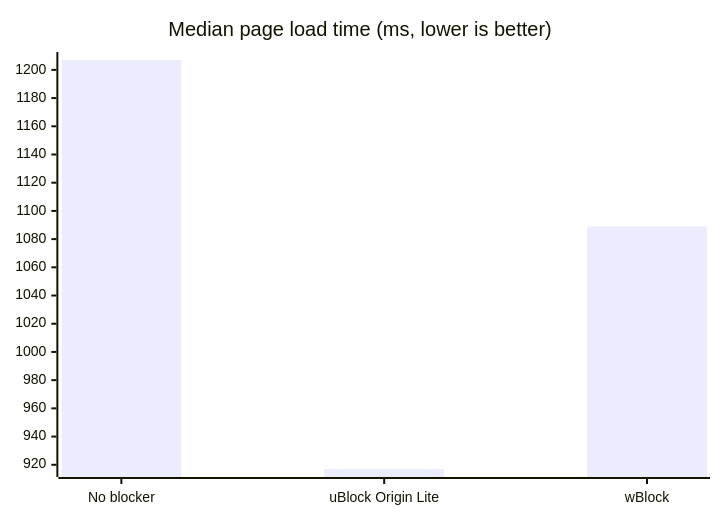
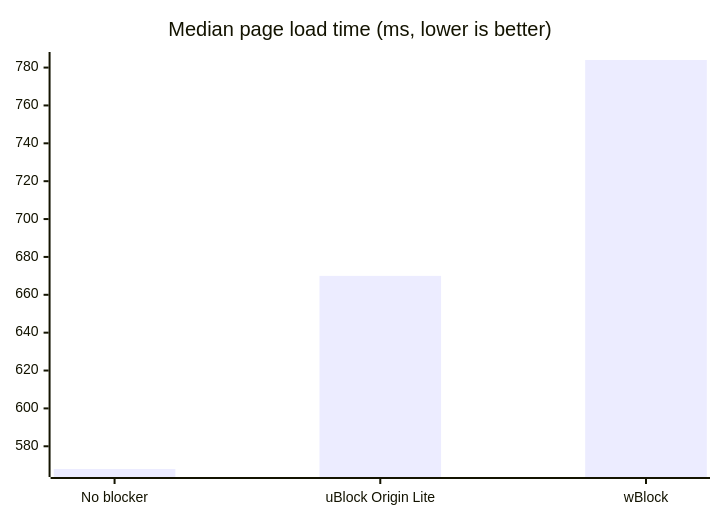
One commit to btecu/safari-ad changed the second of 2 diagrams in README.md. Above: the diagram before and after it, drawn with Mermaid. The commit also changed other lines of this file and 47 other files, not shown here.

````diff
--- a/README.md
+++ b/README.md
@@ -61,6 +61,6 @@
 ```mermaid
 xychart-beta
   title "Median page load time (ms, lower is better)"
   x-axis ["No blocker", "uBlock Origin Lite", "wBlock"]
-  bar [1207, 917, 1089]
+  bar [568, 670, 784]
 ```
````
